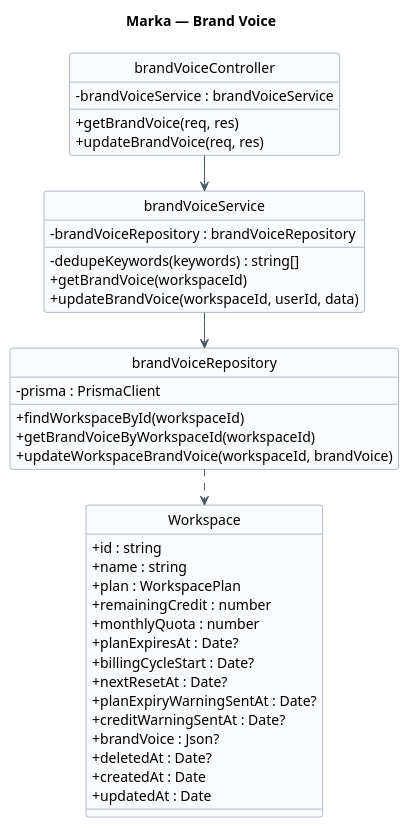
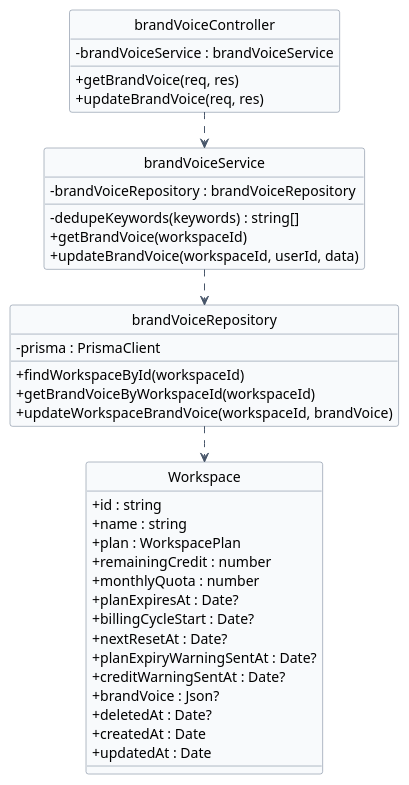
The diagram in docs/diagrams/03-brandvoice.puml (Pham-Hong-Ky/marka-capstone), drawn with PlantUML before and after one commit. The commit also changed 20 other files, not shown here.

```diff
--- a/docs/diagrams/03-brandvoice.puml
+++ b/docs/diagrams/03-brandvoice.puml
@@ -1,60 +1,59 @@
 @startuml 03-brandvoice
 hide circle
 hide stereotype
 !pragma layout smetana
-title Marka — Brand Voice
 
 skinparam classAttributeIconSize 0
 skinparam linetype ortho
 skinparam shadowing false
 skinparam defaultFontName Arial
 skinparam nodesep 40
 skinparam ranksep 50
 skinparam class {
   BackgroundColor #F8FAFC
   BorderColor #64748B
   ArrowColor #475569
 }
 
 class "Workspace" as Workspace {
   + id : string
   + name : string
   + plan : WorkspacePlan
   + remainingCredit : number
   + monthlyQuota : number
   + planExpiresAt : Date?
   + billingCycleStart : Date?
   + nextResetAt : Date?
   + planExpiryWarningSentAt : Date?
   + creditWarningSentAt : Date?
   + brandVoice : Json?
   + deletedAt : Date?
   + createdAt : Date
   + updatedAt : Date
 }
 
 class "brandVoiceController" as brandVoiceController {
   - brandVoiceService : brandVoiceService
   + getBrandVoice(req, res)
   + updateBrandVoice(req, res)
 }
 
 class "brandVoiceService" as brandVoiceService {
   - brandVoiceRepository : brandVoiceRepository
   - dedupeKeywords(keywords) : string[]
   + getBrandVoice(workspaceId)
   + updateBrandVoice(workspaceId, userId, data)
 }
 
 class "brandVoiceRepository" as brandVoiceRepository {
   - prisma : PrismaClient
   + findWorkspaceById(workspaceId)
   + getBrandVoiceByWorkspaceId(workspaceId)
   + updateWorkspaceBrandVoice(workspaceId, brandVoice)
 }
 
-brandVoiceController --> brandVoiceService
-brandVoiceService --> brandVoiceRepository
+brandVoiceController ..> brandVoiceService
+brandVoiceService ..> brandVoiceRepository
 brandVoiceRepository ..> Workspace
 
 @enduml
```
